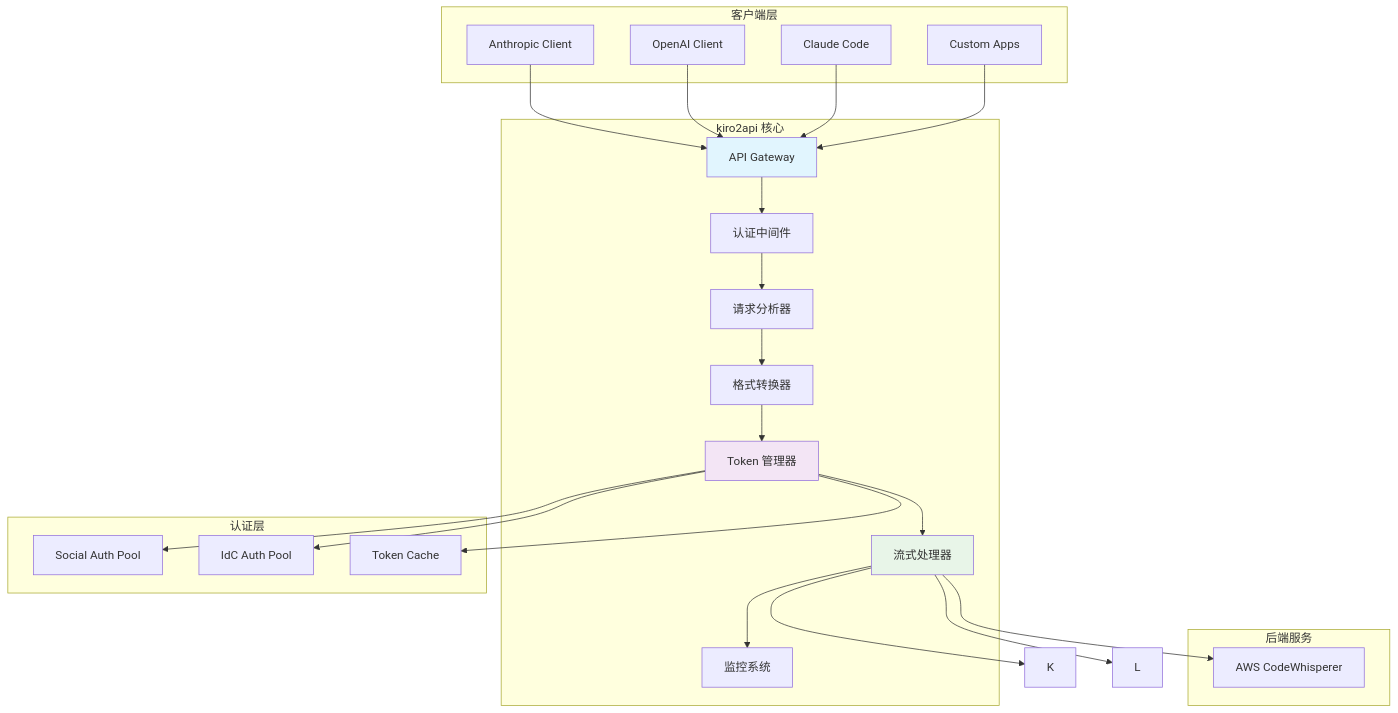
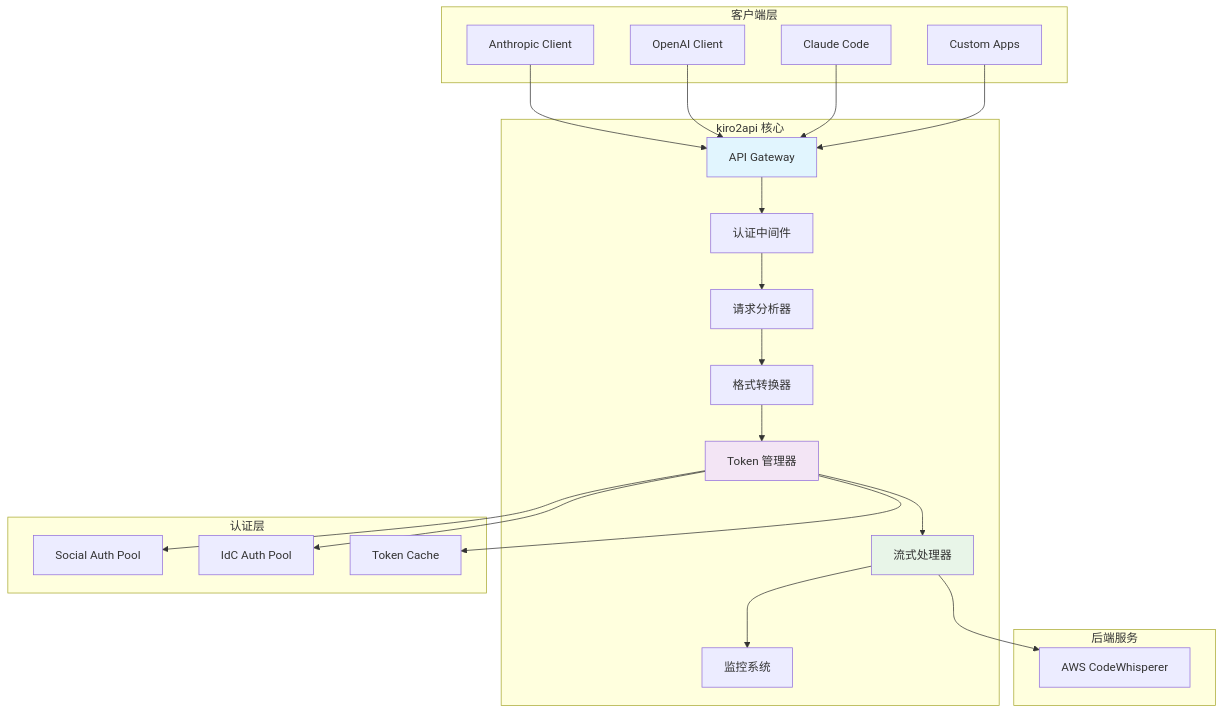
Before and after one commit to wyeeeee/kiro2api: the diagram in README.md, drawn with Mermaid. The commit also changed other lines of this file and 1 other file, not shown here.

````diff
--- a/README.md
+++ b/README.md
@@ -127,53 +86,51 @@
 ```mermaid
 graph TB
     subgraph "客户端层"
         A1[Anthropic Client]
         A2[OpenAI Client]
         A3[Claude Code]
         A4[Custom Apps]
     end
 
     subgraph "kiro2api 核心"
         B[API Gateway]
         C[认证中间件]
         D[请求分析器]
         E[格式转换器]
         F[Token 管理器]
         G[流式处理器]
         H[监控系统]
     end
 
     subgraph "认证层"
         I1[Social Auth Pool]
         I2[IdC Auth Pool]
         I3[Token Cache]
     end
 
     subgraph "后端服务"
         J[AWS CodeWhisperer]
     end
 
     A1 --> B
     A2 --> B
     A3 --> B
     A4 --> B
 
     B --> C
     C --> D
     D --> E
     E --> F
     F --> G
     G --> H
 
     F --> I1
     F --> I2
     F --> I3
 
     G --> J
-    G --> K
-    G --> L
 
     style B fill:#e1f5fe
     style F fill:#f3e5f5
     style G fill:#e8f5e8
 ```
````
